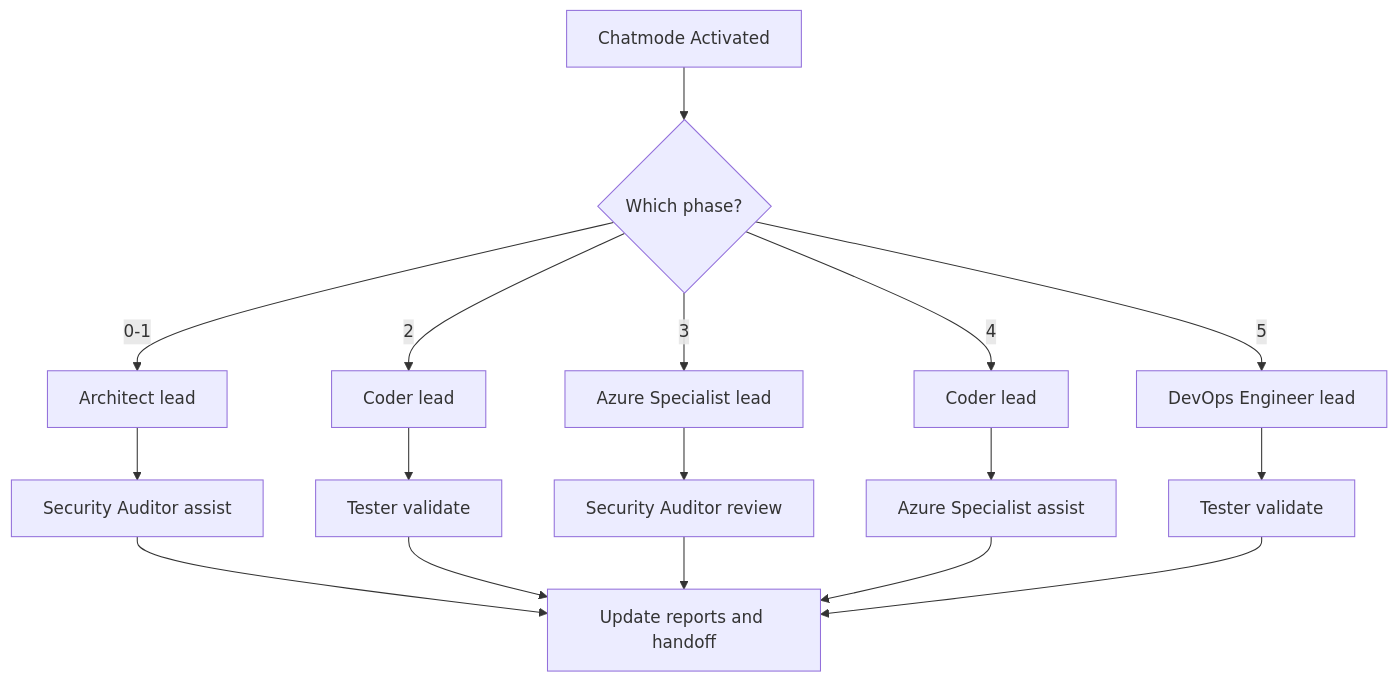
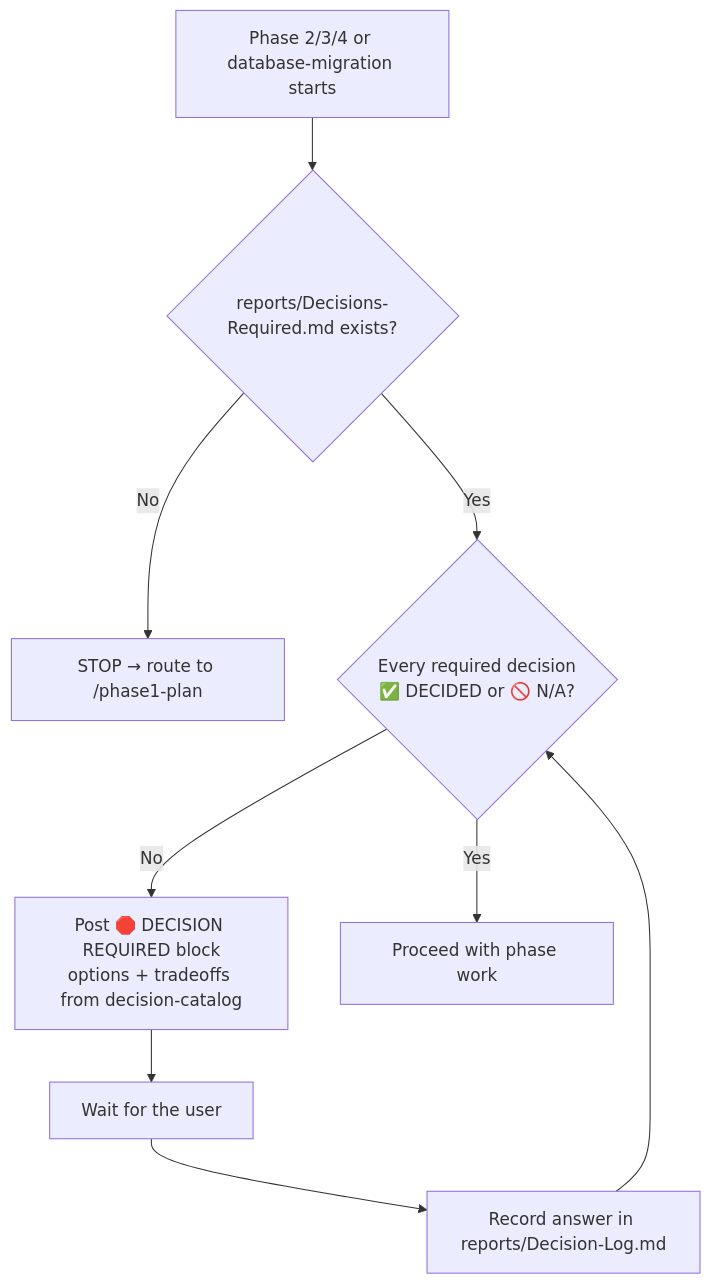
One commit to RobertoBorges/GHCP-PromptMigration changed the second of 7 diagrams in docs/architecture/ARCHITECTURE.md. Above: the diagram before and after it, drawn with Mermaid. The commit also changed other lines of this file and 371 other files, not shown here.

````diff
--- a/docs/architecture/ARCHITECTURE.md
+++ b/docs/architecture/ARCHITECTURE.md
@@ -329,19 +240,11 @@
 ```mermaid
 graph TD
-    A[Chatmode Activated] --> B{Which phase?}
-    B -->|0-1| C[Architect lead]
-    B -->|2| D[Coder lead]
-    B -->|3| E[Azure Specialist lead]
-    B -->|4| F[Coder lead]
-    B -->|5| G[DevOps Engineer lead]
-    C --> C1[Security Auditor assist]
-    D --> D1[Tester validate]
-    E --> E1[Security Auditor review]
-    F --> F1[Azure Specialist assist]
-    G --> G1[Tester validate]
-    C1 --> H[Update reports and handoff]
-    D1 --> H
-    E1 --> H
-    F1 --> H
-    G1 --> H
+    A[Phase 2/3/4 or database-migration starts] --> B{reports/Decisions-Required.md exists?}
+    B -->|No| C[STOP → route to /phase1-plan]
+    B -->|Yes| D{Every required decision<br/>✅ DECIDED or 🚫 N/A?}
+    D -->|No| E["Post 🛑 DECISION REQUIRED block<br/>options + tradeoffs from decision-catalog"]
+    E --> F[Wait for the user]
+    F --> G[Record answer in reports/Decision-Log.md]
+    G --> D
+    D -->|Yes| H[Proceed with phase work]
 ```
````
